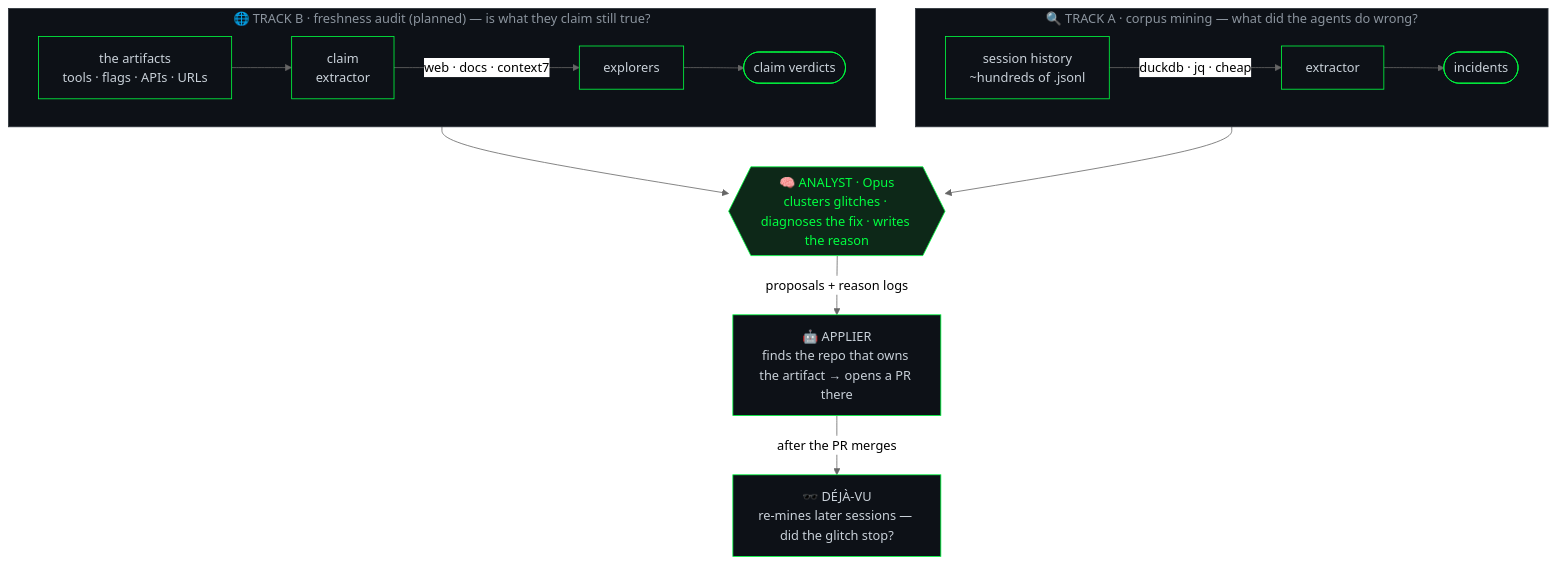
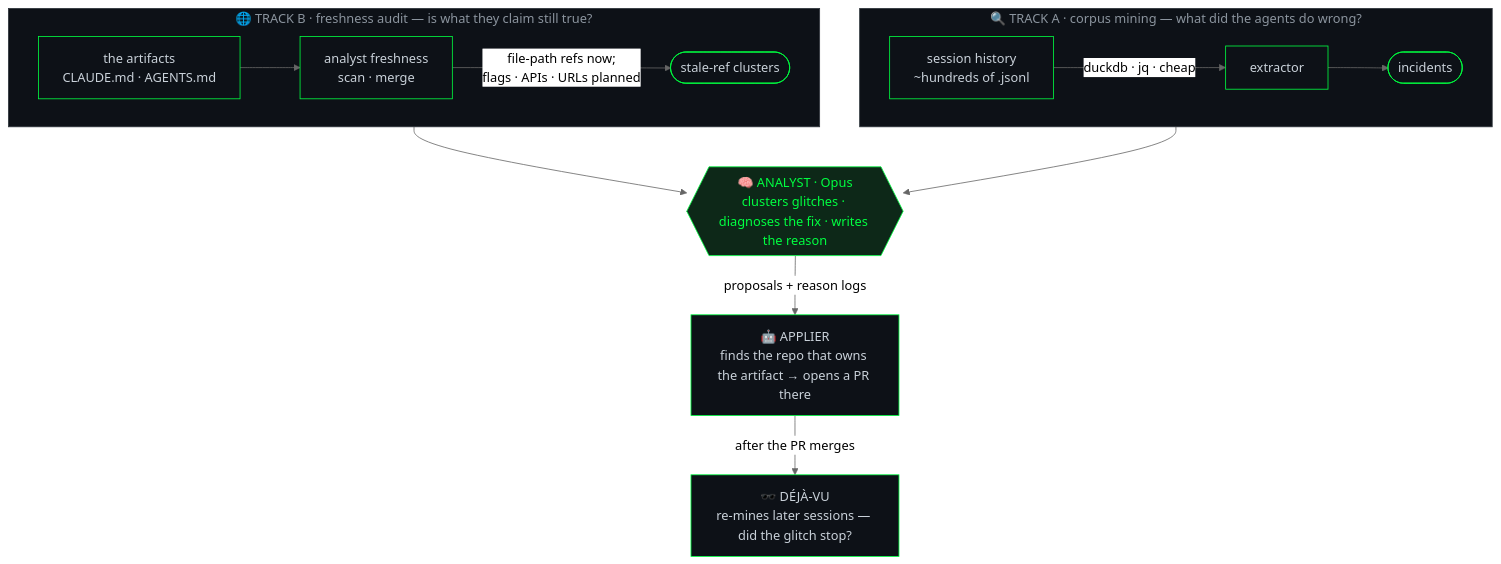
One commit to noamsto/agent-smith changed the diagram in README.md. Above: the diagram before and after it, drawn with Mermaid (neutral theme). The commit also changed other lines of this file and 33 other files, not shown here.

First line of the commit message:
feat(freshness): Track B v1 — stale file-ref audit → stale-ref clusters (#45) (#92)

````diff
--- a/README.md
+++ b/README.md
@@ -42,26 +42,26 @@
 ```mermaid
 flowchart TD
     subgraph A["🔍 TRACK A · corpus mining — what did the agents do wrong?"]
         direction LR
         sh["session history<br/>~hundreds of .jsonl"] -->|"duckdb · jq · cheap"| ext["extractor"] --> inc(["incidents"])
     end
 
-    subgraph B["🌐 TRACK B · freshness audit (planned) — is what they claim still true?"]
+    subgraph B["🌐 TRACK B · freshness audit — is what they claim still true?"]
         direction LR
-        art["the artifacts<br/>tools · flags · APIs · URLs"] --> claim["claim<br/>extractor"] -->|"web · docs · context7"| exp["explorers"] --> ver(["claim verdicts"])
+        art["the artifacts<br/>CLAUDE.md · AGENTS.md"] --> scan["analyst freshness<br/>scan · merge"] -->|"file-path refs now;<br/>flags · APIs · URLs planned"| ref(["stale-ref clusters"])
     end
 
     inc --> AN
-    ver --> AN
+    ref --> AN
 
     AN{{"🧠 ANALYST · Opus<br/>clusters glitches · diagnoses the fix · writes the reason"}}
     AN -->|"proposals + reason logs"| AP["🤖 APPLIER<br/>finds the repo that owns the artifact → opens a PR there"]
     AP -->|"after the PR merges"| DV["🕶️ DÉJÀ-VU<br/>re-mines later sessions — did the glitch stop?"]
 
     classDef track fill:#0d1117,stroke:#30363d,color:#8b949e;
     classDef node fill:#0d1117,stroke:#00ff41,color:#c9d1d9;
     classDef brain fill:#0d2818,stroke:#00ff41,color:#00ff41;
-    class sh,ext,inc,art,claim,exp,ver,AP,DV node;
+    class sh,ext,inc,art,scan,ref,AP,DV node;
     class AN brain;
     class A,B track;
 ```
````
